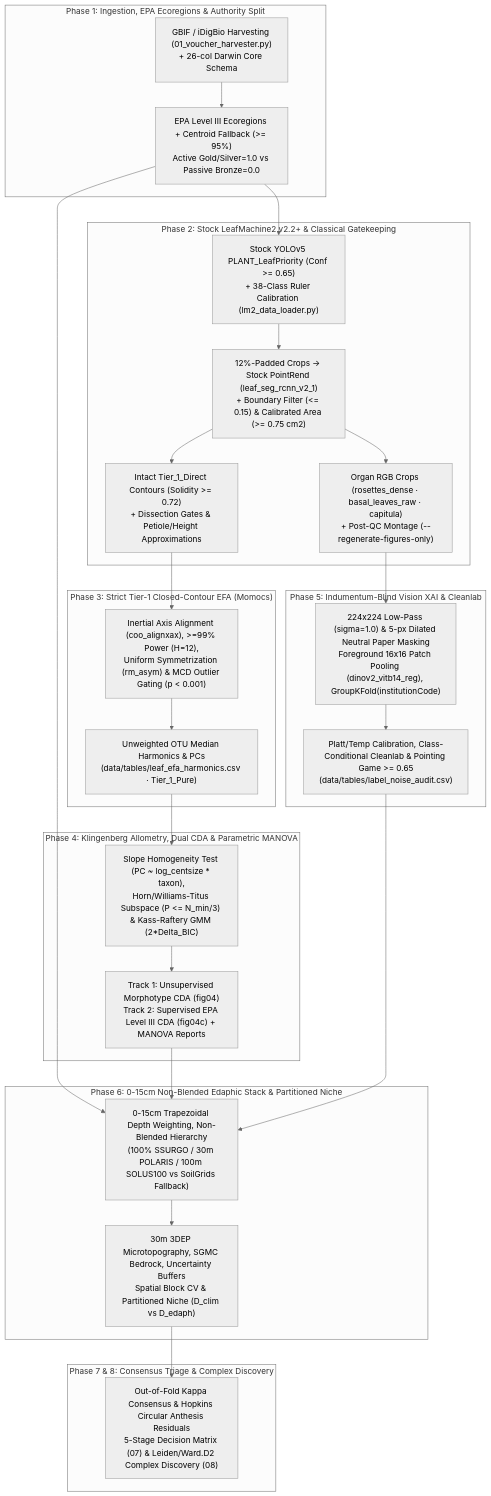
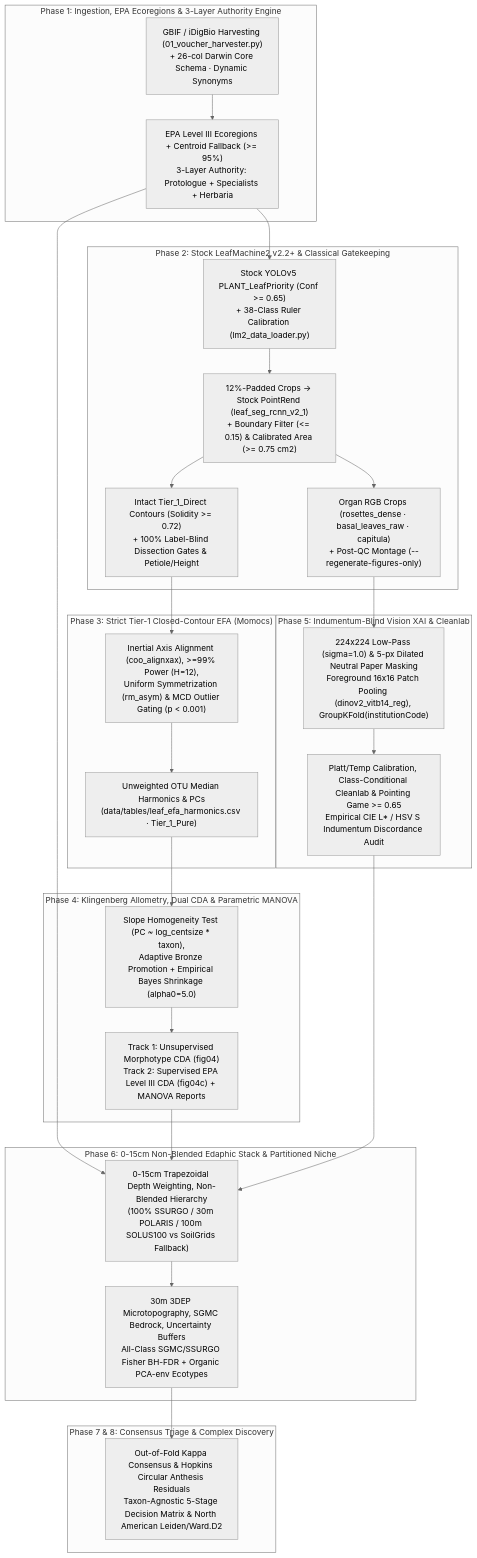
One commit to Plantatsrophe/Packera_dubia_morphometrics changed the diagram in docs/WORKFLOW_GUIDE.md. Above: the diagram before and after it, drawn with Mermaid (neutral theme). The commit also changed other lines of this file and 28 other files, not shown here.

Commit message:
refactor: update codebase with hierarchical empirical Bayes authority weighting, adaptive anchors, and expanded taxonomic scope support

````diff
--- a/docs/WORKFLOW_GUIDE.md
+++ b/docs/WORKFLOW_GUIDE.md
@@ -126,37 +130,37 @@
 ```mermaid
 flowchart TD
-    subgraph P1["Phase 1: Ingestion, EPA Ecoregions & Authority Split"]
-        A["GBIF / iDigBio Harvesting (01_voucher_harvester.py)\n+ 26-col Darwin Core Schema"] --> B["EPA Level III Ecoregions + Centroid Fallback (>= 95%)\nActive Gold/Silver=1.0 vs Passive Bronze=0.0"]
+    subgraph P1["Phase 1: Ingestion, EPA Ecoregions & 3-Layer Authority Engine"]
+        A["GBIF / iDigBio Harvesting (01_voucher_harvester.py)\n+ 26-col Darwin Core Schema · Dynamic Synonyms"] --> B["EPA Level III Ecoregions + Centroid Fallback (>= 95%)\n3-Layer Authority: Protologue + Specialists + Herbaria"]
     end
 
     subgraph P2["Phase 2: Stock LeafMachine2 v2.2+ & Classical Gatekeeping"]
         B --> C["Stock YOLOv5 PLANT_LeafPriority (Conf >= 0.65)\n+ 38-Class Ruler Calibration (lm2_data_loader.py)"]
         C --> D["12%-Padded Crops -> Stock PointRend (leaf_seg_rcnn_v2_1)\n+ Boundary Filter (<= 0.15) & Calibrated Area (>= 0.75 cm2)"]
-        D --> D1["Intact Tier_1_Direct Contours (Solidity >= 0.72)\n+ Dissection Gates & Petiole/Height Approximations"]
+        D --> D1["Intact Tier_1_Direct Contours (Solidity >= 0.72)\n+ 100% Label-Blind Dissection Gates & Petiole/Height"]
         D --> D2["Organ RGB Crops (rosettes_dense · basal_leaves_raw · capitula)\n+ Post-QC Montage (--regenerate-figures-only)"]
     end
 
     subgraph P3["Phase 3: Strict Tier-1 Closed-Contour EFA (Momocs)"]
         D1 --> E["Inertial Axis Alignment (coo_alignxax), >=99% Power (H=12),\nUniform Symmetrization (rm_asym) & MCD Outlier Gating (p < 0.001)"]
         E --> F["Unweighted OTU Median Harmonics & PCs\n(data/tables/leaf_efa_harmonics.csv · Tier_1_Pure)"]
     end
 
     subgraph P4["Phase 4: Klingenberg Allometry, Dual CDA & Parametric MANOVA"]
-        F --> G["Slope Homogeneity Test (PC ~ log_centsize * taxon),\nHorn/Williams-Titus Subspace (P <= N_min/3) & Kass-Raftery GMM (2*Delta_BIC)"]
+        F --> G["Slope Homogeneity Test (PC ~ log_centsize * taxon),\nAdaptive Bronze Promotion + Empirical Bayes Shrinkage (alpha0=5.0)"]
         G --> H["Track 1: Unsupervised Morphotype CDA (fig04)\nTrack 2: Supervised EPA Level III CDA (fig04c) + MANOVA Reports"]
     end
 
     subgraph P5["Phase 5: Indumentum-Blind Vision XAI & Cleanlab"]
         D2 --> I["224x224 Low-Pass (sigma=1.0) & 5-px Dilated Neutral Paper Masking\nForeground 16x16 Patch Pooling (dinov2_vitb14_reg), GroupKFold(institutionCode)"]
-        I --> J["Platt/Temp Calibration, Class-Conditional Cleanlab & Pointing Game >= 0.65\n(data/tables/label_noise_audit.csv)"]
+        I --> J["Platt/Temp Calibration, Class-Conditional Cleanlab & Pointing Game >= 0.65\nEmpirical CIE L* / HSV S Indumentum Discordance Audit"]
     end
 
     subgraph P6["Phase 6: 0-15cm Non-Blended Edaphic Stack & Partitioned Niche"]
         B & H & J --> K["0-15cm Trapezoidal Depth Weighting, Non-Blended Hierarchy\n(100% SSURGO / 30m POLARIS / 100m SOLUS100 vs SoilGrids Fallback)"]
-        K --> L["30m 3DEP Microtopography, SGMC Bedrock, Uncertainty Buffers\nSpatial Block CV & Partitioned Niche (D_clim vs D_edaph)"]
+        K --> L["30m 3DEP Microtopography, SGMC Bedrock, Uncertainty Buffers\nAll-Class SGMC/SSURGO Fisher BH-FDR + Organic PCA-env Ecotypes"]
     end
 
     subgraph P7["Phase 7 & 8: Consensus Triage & Complex Discovery"]
-        L --> M["Out-of-Fold Kappa Consensus & Hopkins Circular Anthesis Residuals\n5-Stage Decision Matrix (07) & Leiden/Ward.D2 Complex Discovery (08)"]
+        L --> M["Out-of-Fold Kappa Consensus & Hopkins Circular Anthesis Residuals\nTaxon-Agnostic 5-Stage Decision Matrix & North American Leiden/Ward.D2"]
     end
 ```
````
